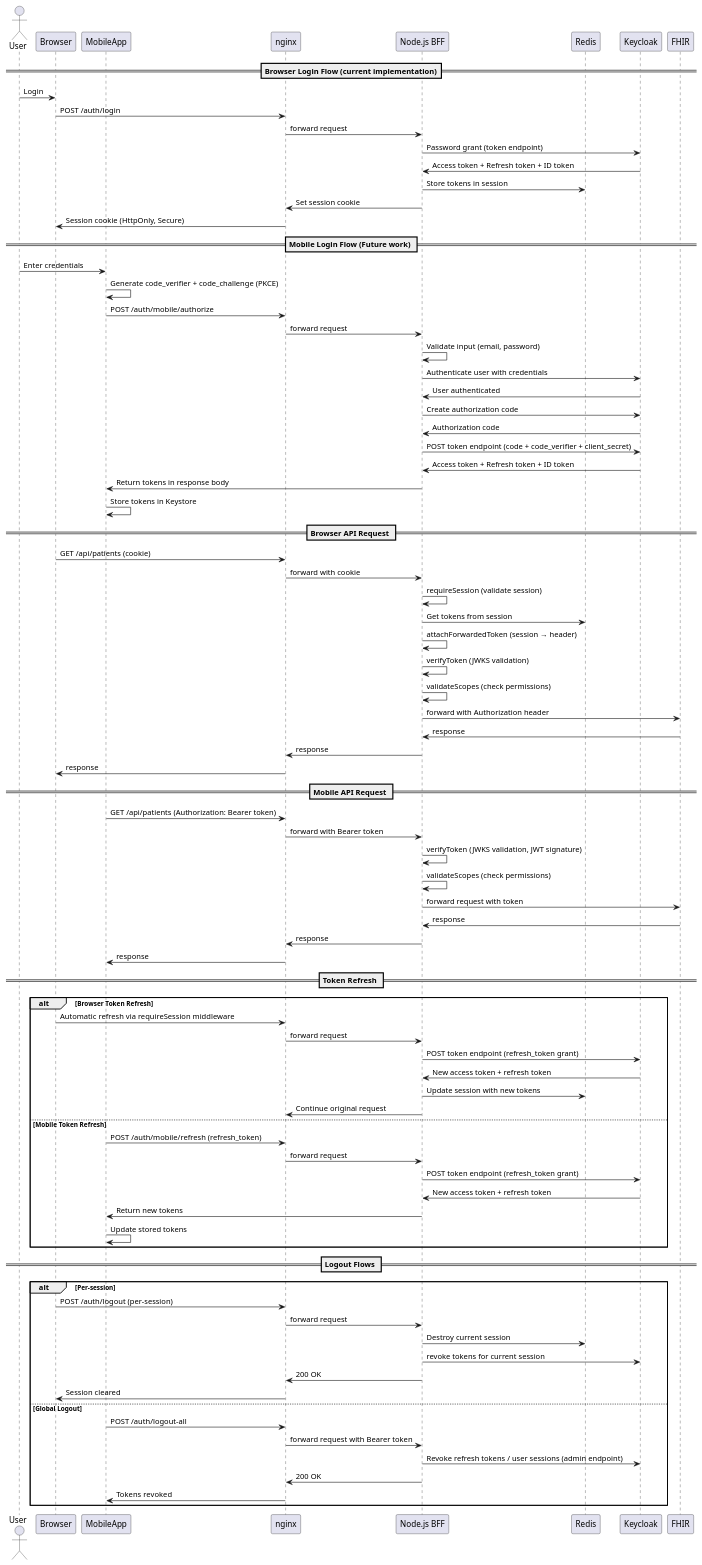
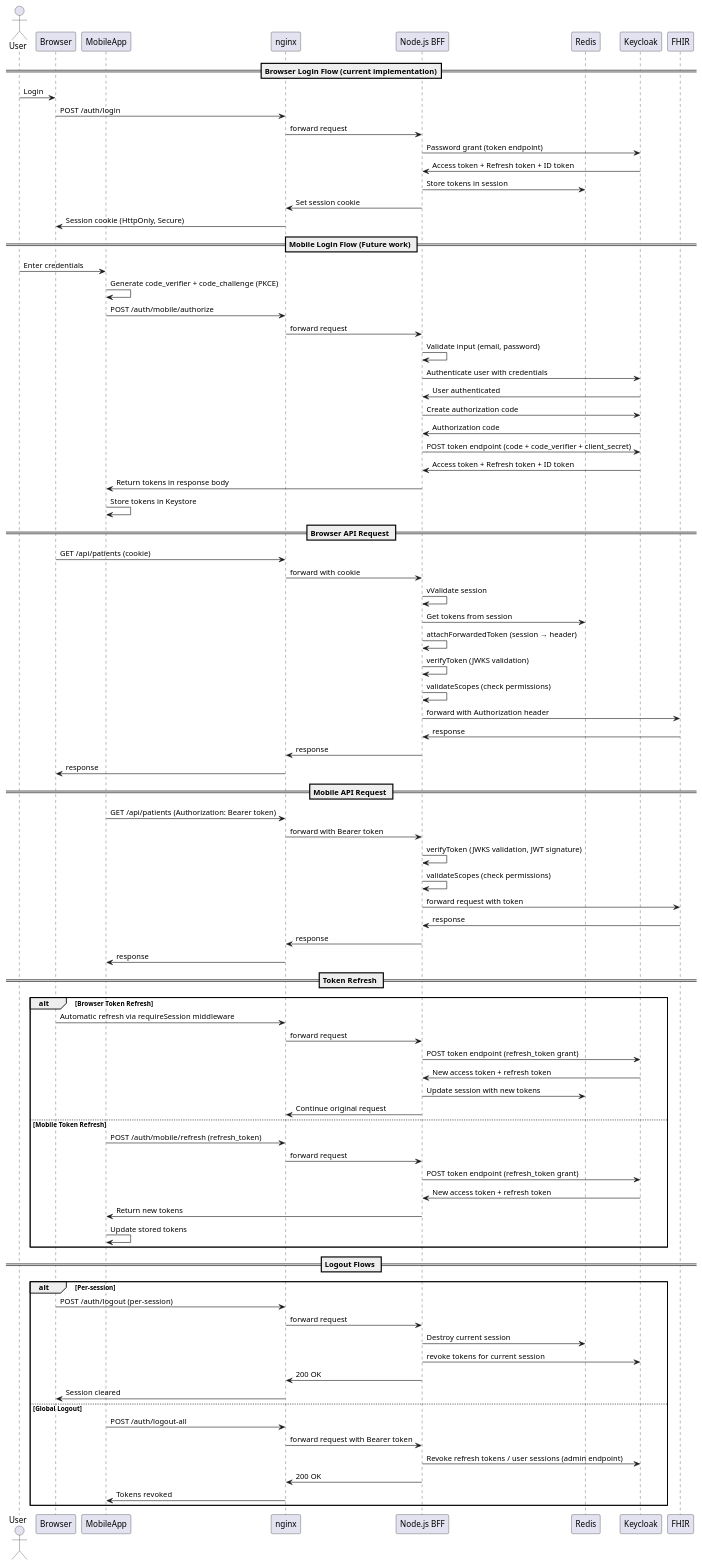
The diagram in security/Docs/token-flow-overview.puml (Belal0066/CFI-Care), drawn with PlantUML before and after one commit. The commit also changed 40 other files, not shown here.

```diff
--- a/security/Docs/token-flow-overview.puml
+++ b/security/Docs/token-flow-overview.puml
@@ -1,94 +1,94 @@
 @startuml Tokens Overview
 actor User
 participant Browser
 participant MobileApp
 participant nginx
 participant BFF as "Node.js BFF"
 participant Redis
 participant Keycloak
 participant FHIR
 
 == Browser Login Flow (current implementation)==
 User -> Browser : Login
 Browser -> nginx : POST /auth/login
 nginx -> BFF : forward request
 BFF -> Keycloak : Password grant (token endpoint)
 Keycloak -> BFF : Access token + Refresh token + ID token
 BFF -> Redis : Store tokens in session
 BFF -> nginx : Set session cookie
 nginx -> Browser : Session cookie (HttpOnly, Secure)
 
 == Mobile Login Flow (Future work) ==
 User -> MobileApp : Enter credentials
 MobileApp -> MobileApp : Generate code_verifier + code_challenge (PKCE)
 MobileApp -> nginx : POST /auth/mobile/authorize 
 nginx -> BFF : forward request
 BFF -> BFF : Validate input (email, password)
 BFF -> Keycloak : Authenticate user with credentials
 Keycloak -> BFF : User authenticated
 BFF -> Keycloak : Create authorization code
 Keycloak -> BFF : Authorization code
 BFF -> Keycloak : POST token endpoint (code + code_verifier + client_secret)
 Keycloak -> BFF : Access token + Refresh token + ID token
 BFF -> MobileApp : Return tokens in response body
 MobileApp -> MobileApp : Store tokens in Keystore
 
 
 == Browser API Request ==
 Browser -> nginx : GET /api/patients (cookie)
 nginx -> BFF : forward with cookie
-BFF -> BFF : requireSession (validate session)
+BFF -> BFF : vValidate session
 BFF -> Redis : Get tokens from session
 BFF -> BFF : attachForwardedToken (session → header)
 BFF -> BFF : verifyToken (JWKS validation)
 BFF -> BFF : validateScopes (check permissions)
 BFF -> FHIR : forward with Authorization header
 FHIR -> BFF : response
 BFF -> nginx : response
 nginx -> Browser : response
 
 == Mobile API Request ==
 MobileApp -> nginx : GET /api/patients (Authorization: Bearer token)
 nginx -> BFF : forward with Bearer token
 BFF -> BFF : verifyToken (JWKS validation, JWT signature)
 BFF -> BFF : validateScopes (check permissions)
 BFF -> FHIR : forward request with token
 FHIR -> BFF : response
 BFF -> nginx : response
 nginx -> MobileApp : response
 
 == Token Refresh ==
 alt Browser Token Refresh
 Browser -> nginx : Automatic refresh via requireSession middleware
 nginx -> BFF : forward request
 BFF -> Keycloak : POST token endpoint (refresh_token grant)
 Keycloak -> BFF : New access token + refresh token
 BFF -> Redis : Update session with new tokens
 BFF -> nginx : Continue original request
 
 else Mobile Token Refresh
 MobileApp -> nginx : POST /auth/mobile/refresh (refresh_token)
 nginx -> BFF : forward request
 BFF -> Keycloak : POST token endpoint (refresh_token grant)
 Keycloak -> BFF : New access token + refresh token
 BFF -> MobileApp : Return new tokens
 MobileApp -> MobileApp : Update stored tokens
 end
 
 == Logout Flows ==
 alt Per-session
 Browser -> nginx : POST /auth/logout (per-session)
 nginx -> BFF : forward request
 BFF -> Redis : Destroy current session
 BFF -> Keycloak : revoke tokens for current session
 BFF -> nginx : 200 OK
 nginx -> Browser : Session cleared
 
 else Global Logout 
 MobileApp -> nginx : POST /auth/logout-all
 nginx -> BFF : forward request with Bearer token
 BFF -> Keycloak : Revoke refresh tokens / user sessions (admin endpoint)
 BFF -> nginx : 200 OK
 nginx -> MobileApp : Tokens revoked
 end
 @enduml
```
